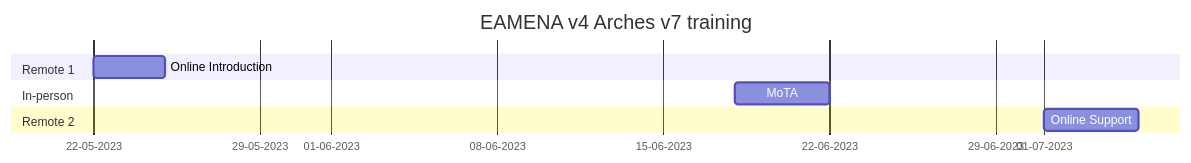
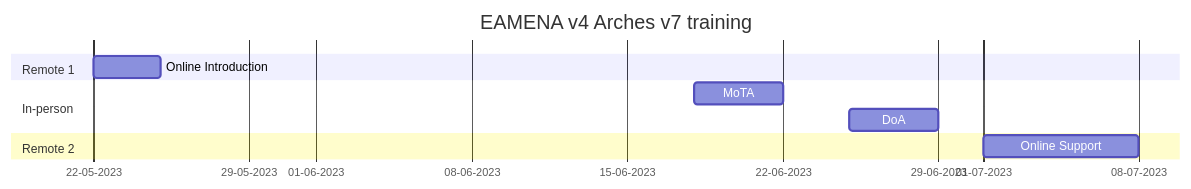
Before and after one commit to eamena-project/eamena-arches-dev: the diagram in training/README.md, drawn with Mermaid. The commit also changed other lines of this file, not shown here.

````diff
--- a/training/README.md
+++ b/training/README.md
@@ -105,13 +106,14 @@
 ```mermaid
 gantt
     title EAMENA v4 Arches v7 training
     dateFormat  YYYY-MM-DD
     axisFormat  %d-%m-%Y
     tickInterval 7day
     section Remote 1
     Online Introduction           : a1, 2023-05-22, 3d
     section In-person
-    MoTA             : a1, 2023-06-18, 2023-06-22
+    MoTA                          : a1, 2023-06-18, 2023-06-22
+    DoA                           : a1, 2023-06-25, 2023-06-29
     section Remote 2
-    Online Support                     : a1, 2023-07-01, 4d
+    Online Support                 : a1, 2023-07-01, 7d
 ```
````
